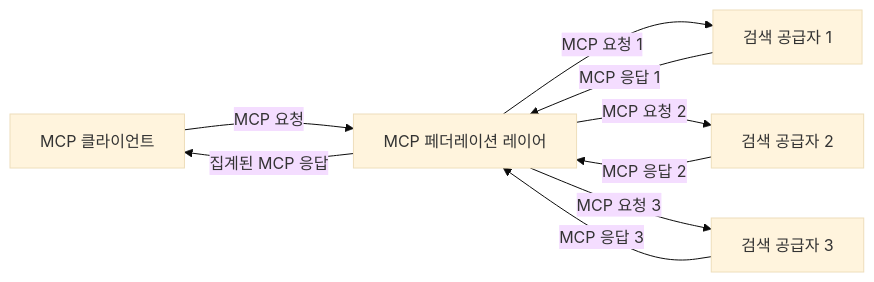
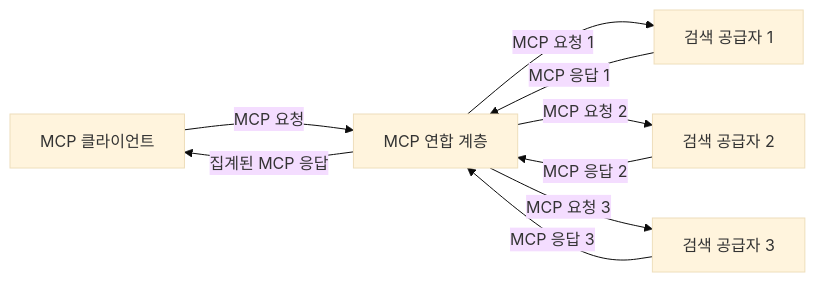
One commit to microsoft/mcp-for-beginners changed the third of 4 diagrams in translations/ko/05-AdvancedTopics/mcp-realtimesearch/README.md. Above: the diagram before and after it, drawn with Mermaid (base theme). The commit also changed other lines of this file and 110 other files, not shown here.

````diff
--- a/translations/ko/05-AdvancedTopics/mcp-realtimesearch/README.md
+++ b/translations/ko/05-AdvancedTopics/mcp-realtimesearch/README.md
@@ -610,11 +612,11 @@
 ```mermaid
 graph LR
-    Client[MCP 클라이언트] --> |MCP 요청| Federation[MCP 페더레이션 레이어]
+    Client[MCP 클라이언트] --> |MCP 요청| Federation[MCP 연합 계층]
     Federation --> |MCP 요청 1| Search1[검색 공급자 1]
     Federation --> |MCP 요청 2| Search2[검색 공급자 2]
     Federation --> |MCP 요청 3| Search3[검색 공급자 3]
     Search1 --> |MCP 응답 1| Federation
     Search2 --> |MCP 응답 2| Federation
     Search3 --> |MCP 응답 3| Federation
     Federation --> |집계된 MCP 응답| Client
 ```
````
